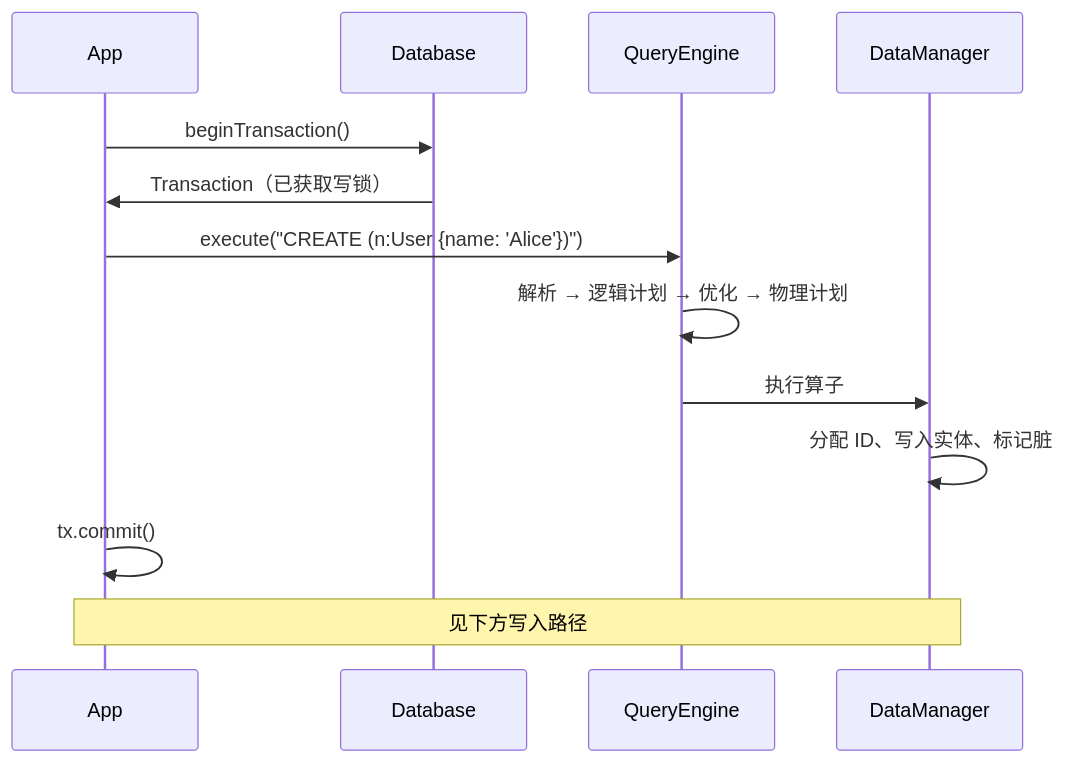
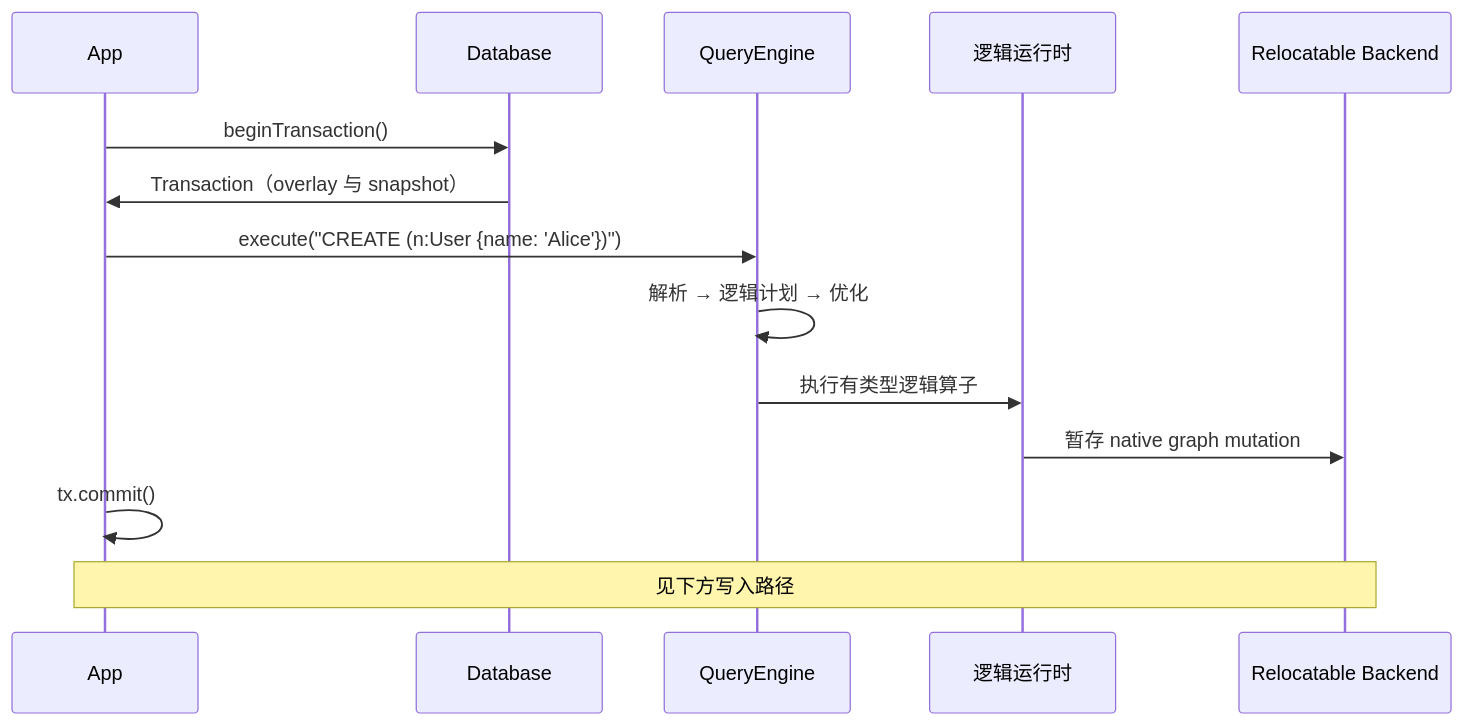
The second of 4 diagrams in docs/apps/docs/content/docs/zh/zyx/architecture/overview.mdx (nexepic/zyx), drawn with Mermaid before and after one commit. The commit also changed other lines of this file and 1349 other files, not shown here.

First line of the commit message:
Retire legacy storage and harden native graph persistence

````diff
--- a/docs/apps/docs/content/docs/zh/zyx/architecture/overview.mdx
+++ b/docs/apps/docs/content/docs/zh/zyx/architecture/overview.mdx
@@ -97,16 +95,17 @@
 ```mermaid
 sequenceDiagram
     participant App
     participant DB as Database
     participant QE as QueryEngine
-    participant DM as DataManager
+    participant RT as 逻辑运行时
+    participant B as Relocatable Backend
 
     App->>DB: beginTransaction()
-    DB->>App: Transaction（已获取写锁）
+    DB->>App: Transaction（overlay 与 snapshot）
     App->>QE: execute("CREATE (n:User {name: 'Alice'})")
-    QE->>QE: 解析 → 逻辑计划 → 优化 → 物理计划
-    QE->>DM: 执行算子
-    DM->>DM: 分配 ID、写入实体、标记脏
+    QE->>QE: 解析 → 逻辑计划 → 优化
+    QE->>RT: 执行有类型逻辑算子
+    RT->>B: 暂存 native graph mutation
     App->>App: tx.commit()
-    Note over App,DM: 见下方写入路径
+    Note over App,B: 见下方写入路径
 ```
````
